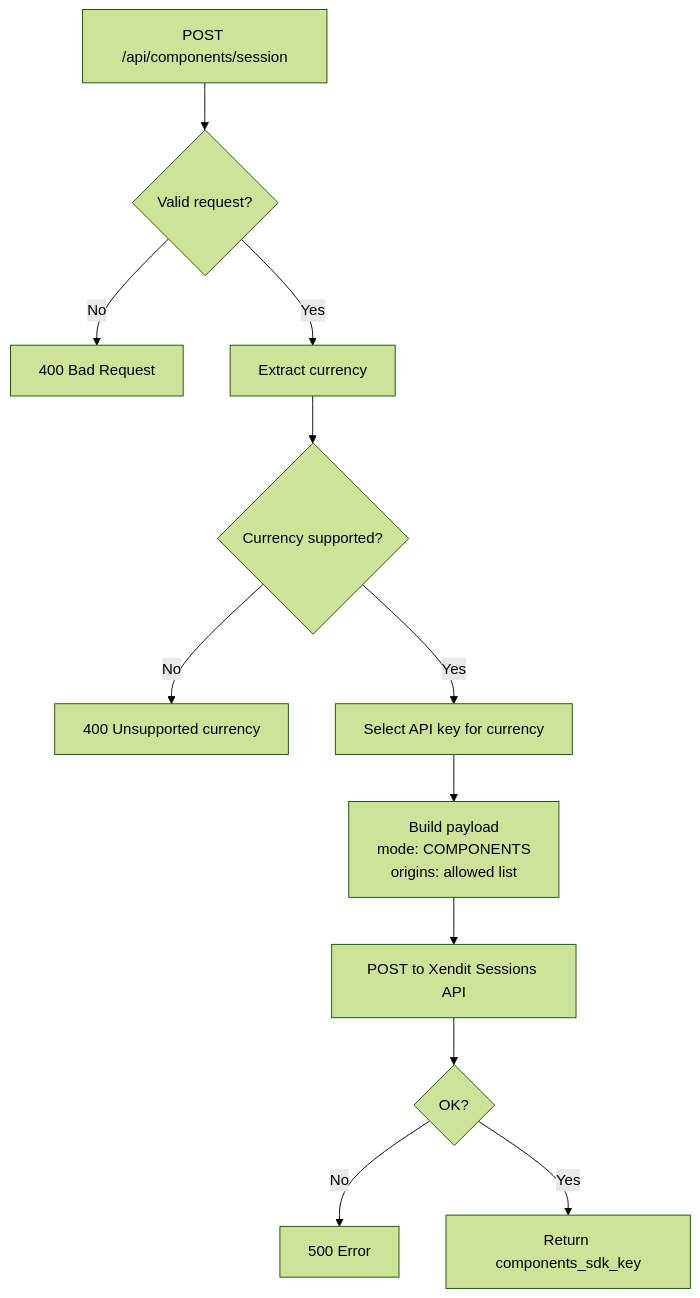
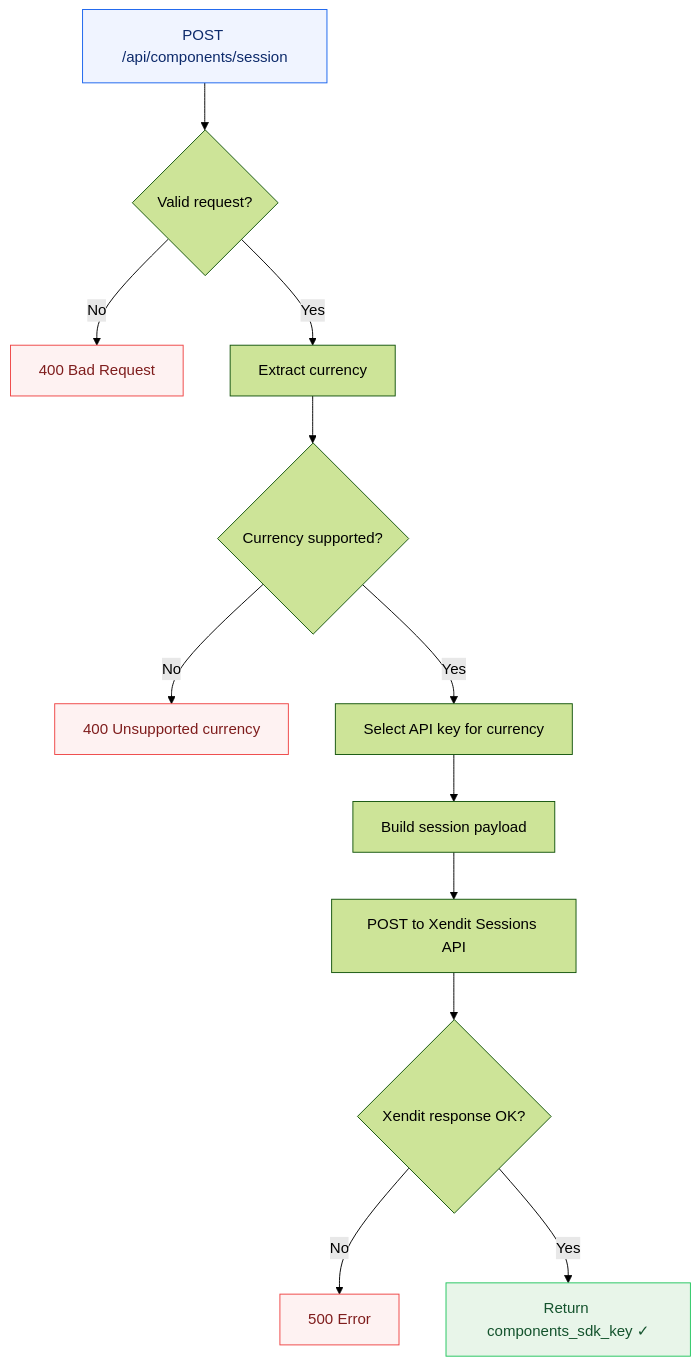
Before and after one commit to sabiqovsky/clm-components-guide: the diagram in content/06-components-backend.md, drawn with Mermaid (forest theme). The commit also changed 10 other files, not shown here.

First line of the commit message:
fix: overhaul all Mermaid diagrams for WCAG contrast and readability

````diff
--- a/content/06-components-backend.md
+++ b/content/06-components-backend.md
@@ -52,14 +52,20 @@
 ```mermaid
 flowchart TD
-    A[POST /api/components/session] --> B{Valid request?}
-    B -->|No| C[400 Bad Request]
-    B -->|Yes| D[Extract currency]
-    D --> E{Currency supported?}
-    E -->|No| F[400 Unsupported currency]
-    E -->|Yes| G[Select API key for currency]
-    G --> H[Build payload\nmode: COMPONENTS\norigins: allowed list]
-    H --> I[POST to Xendit Sessions API]
-    I --> J{OK?}
-    J -->|No| K[500 Error]
-    J -->|Yes| L[Return components_sdk_key]
+    A["POST /api/components/session"] --> B{"Valid request?"}
+    B -->|No| C["400 Bad Request"]
+    B -->|Yes| D["Extract currency"]
+    D --> E{"Currency supported?"}
+    E -->|No| F["400 Unsupported currency"]
+    E -->|Yes| G["Select API key for currency"]
+    G --> H["Build session payload"]
+    H --> I["POST to Xendit Sessions API"]
+    I --> J{"Xendit response OK?"}
+    J -->|No| K["500 Error"]
+    J -->|Yes| L["Return components_sdk_key ✓"]
+
+    style A fill:#f0f4ff,stroke:#1762ee,color:#0d2a6b
+    style L fill:#e8f5e9,stroke:#22c55e,color:#14532d
+    style C fill:#fef2f2,stroke:#ef4444,color:#7f1d1d
+    style F fill:#fef2f2,stroke:#ef4444,color:#7f1d1d
+    style K fill:#fef2f2,stroke:#ef4444,color:#7f1d1d
 ```
````
